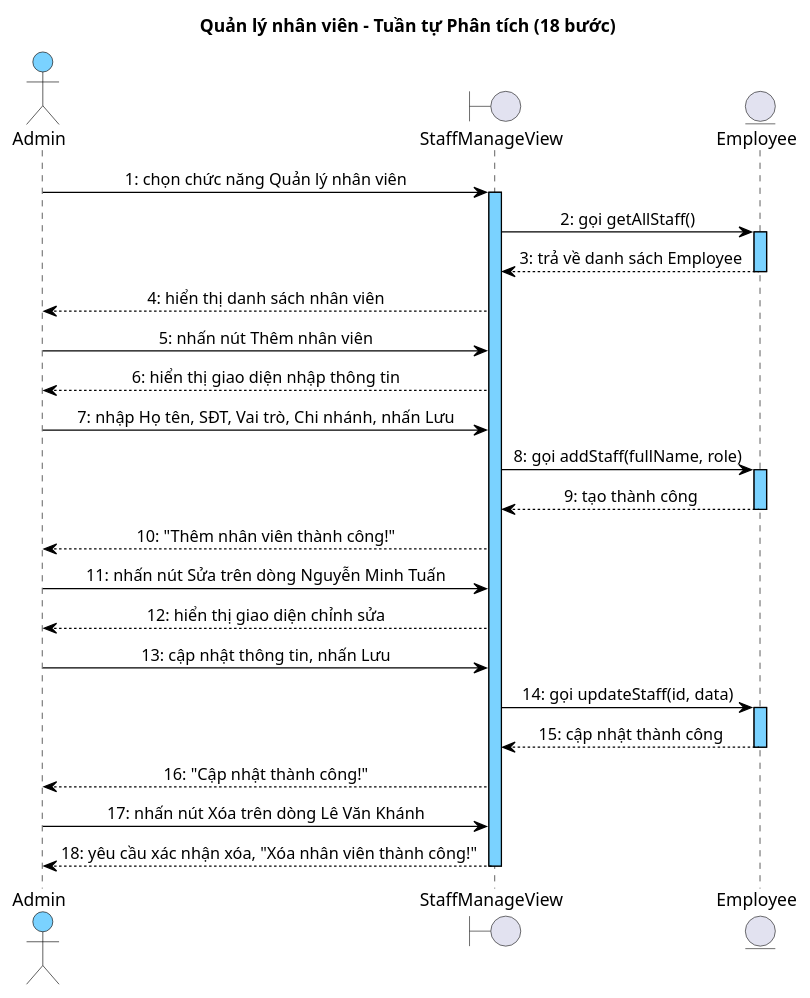
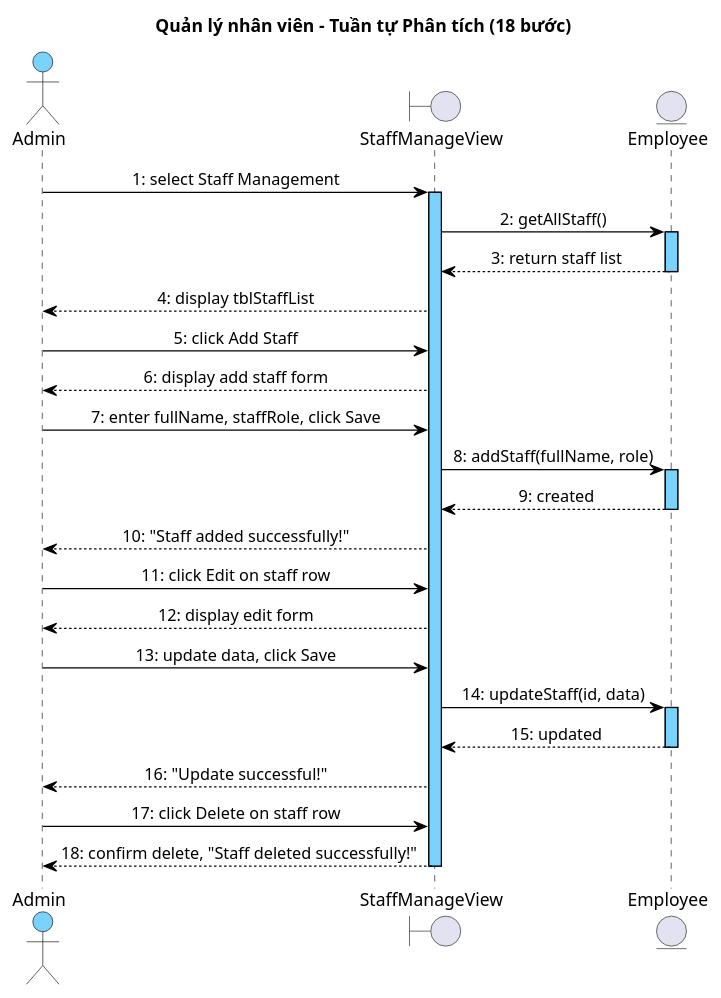
The seventh of 7 diagrams in docs/tabs/account/ii-analysis.md (thanhtrnnn/cnpm), drawn with PlantUML before and after one commit. The commit also changed other lines of this file and 3 other files, not shown here.

First line of the commit message:
fix: PlantUML arrow labels → English; section II.4 scenarios use bullets

````diff
--- a/docs/tabs/account/ii-analysis.md
+++ b/docs/tabs/account/ii-analysis.md
@@ -685,56 +685,56 @@
 ```plantuml
 @startuml
 skinparam shadowing false
 skinparam SequenceMessageAlign left
 skinparam sequenceMessageAlign center
 skinparam sequenceArrowThickness 1
 skinparam sequenceLifeLineBorderColor #000000
 skinparam sequenceLifeLineBackgroundColor #7AD2FF
 skinparam sequenceParticipantBackgroundColor #7AD2FF
 skinparam sequenceParticipantBorderColor #000000
 skinparam sequenceParticipantFontColor #000000
 skinparam sequenceArrowColor #000000
 skinparam sequenceArrowFontColor #000000
 skinparam sequenceGroupBorderColor #000000
 skinparam sequenceGroupBackgroundColor #DDEEFF
 skinparam sequenceDividerBorderColor #000000
 skinparam sequenceDividerBackgroundColor #DDEEFF
 skinparam sequenceMessageFontColor #000000
 skinparam sequenceMessageFontSize 10
 skinparam sequenceActorBorderColor #000000
 skinparam sequenceActorBackgroundColor #7AD2FF
 skinparam sequenceActorFontColor #000000
 title Quản lý nhân viên – Tuần tự Phân tích (18 bước)
 
 actor "Admin" as Actor
 boundary StaffManageView as B1
 entity Employee as E1
 
-Actor -> B1 : 1: chọn chức năng Quản lý nhân viên
+Actor -> B1 : 1: select Staff Management
 activate B1
-B1 -> E1 : 2: gọi getAllStaff()
+B1 -> E1 : 2: getAllStaff()
 activate E1
-E1 --> B1 : 3: trả về danh sách Employee
+E1 --> B1 : 3: return staff list
 deactivate E1
-B1 --> Actor : 4: hiển thị danh sách nhân viên
-Actor -> B1 : 5: nhấn nút Thêm nhân viên
-B1 --> Actor : 6: hiển thị giao diện nhập thông tin
-Actor -> B1 : 7: nhập Họ tên, SĐT, Vai trò, Chi nhánh, nhấn Lưu
-B1 -> E1 : 8: gọi addStaff(fullName, role)
+B1 --> Actor : 4: display tblStaffList
+Actor -> B1 : 5: click Add Staff
+B1 --> Actor : 6: display add staff form
+Actor -> B1 : 7: enter fullName, staffRole, click Save
+B1 -> E1 : 8: addStaff(fullName, role)
 activate E1
-E1 --> B1 : 9: tạo thành công
+E1 --> B1 : 9: created
 deactivate E1
-B1 --> Actor : 10: "Thêm nhân viên thành công!"
-Actor -> B1 : 11: nhấn nút Sửa trên dòng Nguyễn Minh Tuấn
-B1 --> Actor : 12: hiển thị giao diện chỉnh sửa
-Actor -> B1 : 13: cập nhật thông tin, nhấn Lưu
-B1 -> E1 : 14: gọi updateStaff(id, data)
+B1 --> Actor : 10: "Staff added successfully!"
+Actor -> B1 : 11: click Edit on staff row
+B1 --> Actor : 12: display edit form
+Actor -> B1 : 13: update data, click Save
+B1 -> E1 : 14: updateStaff(id, data)
 activate E1
-E1 --> B1 : 15: cập nhật thành công
+E1 --> B1 : 15: updated
 deactivate E1
-B1 --> Actor : 16: "Cập nhật thành công!"
-Actor -> B1 : 17: nhấn nút Xóa trên dòng Lê Văn Khánh
-B1 --> Actor : 18: yêu cầu xác nhận xóa, "Xóa nhân viên thành công!"
+B1 --> Actor : 16: "Update successful!"
+Actor -> B1 : 17: click Delete on staff row
+B1 --> Actor : 18: confirm delete, "Staff deleted successfully!"
 deactivate B1
 @enduml
 ```
````
